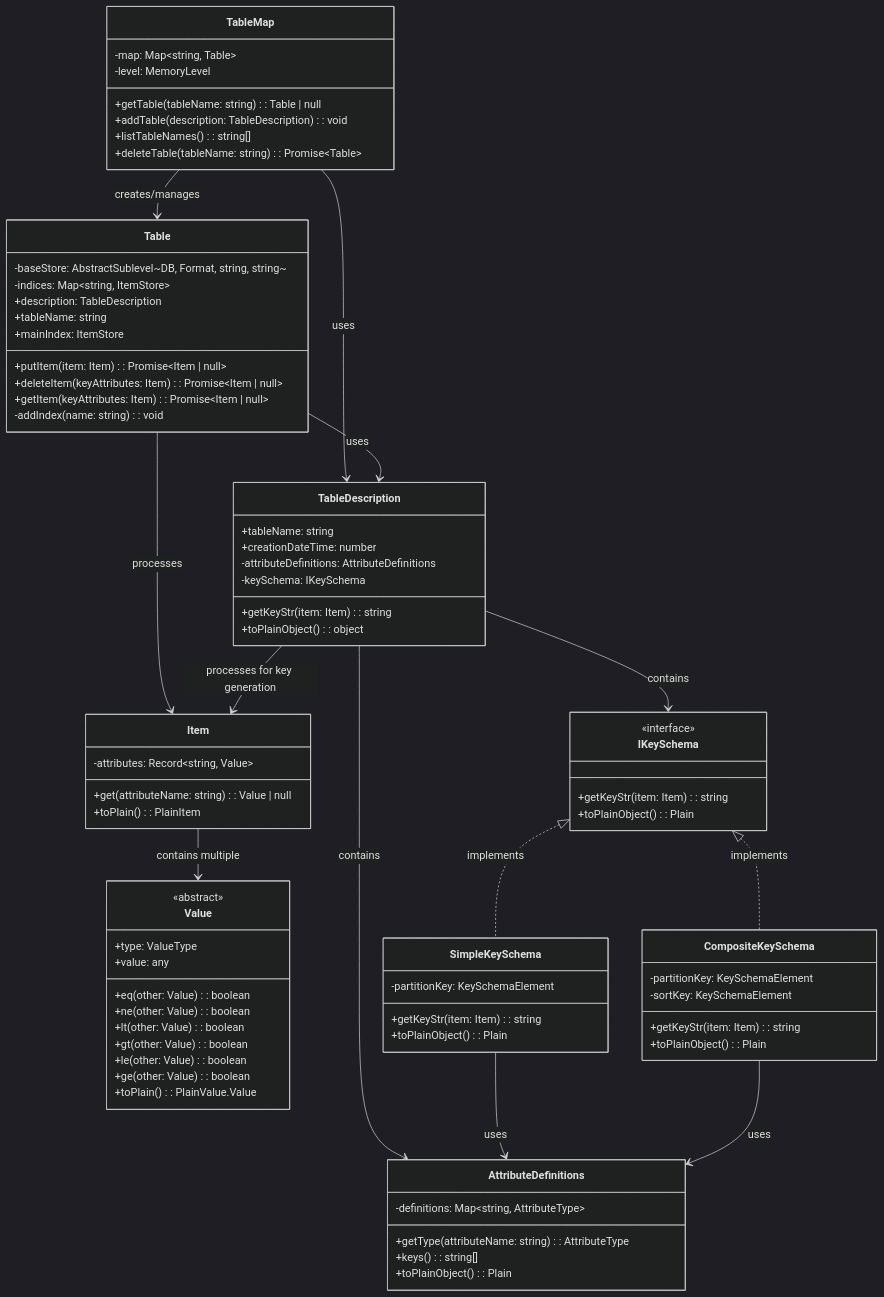
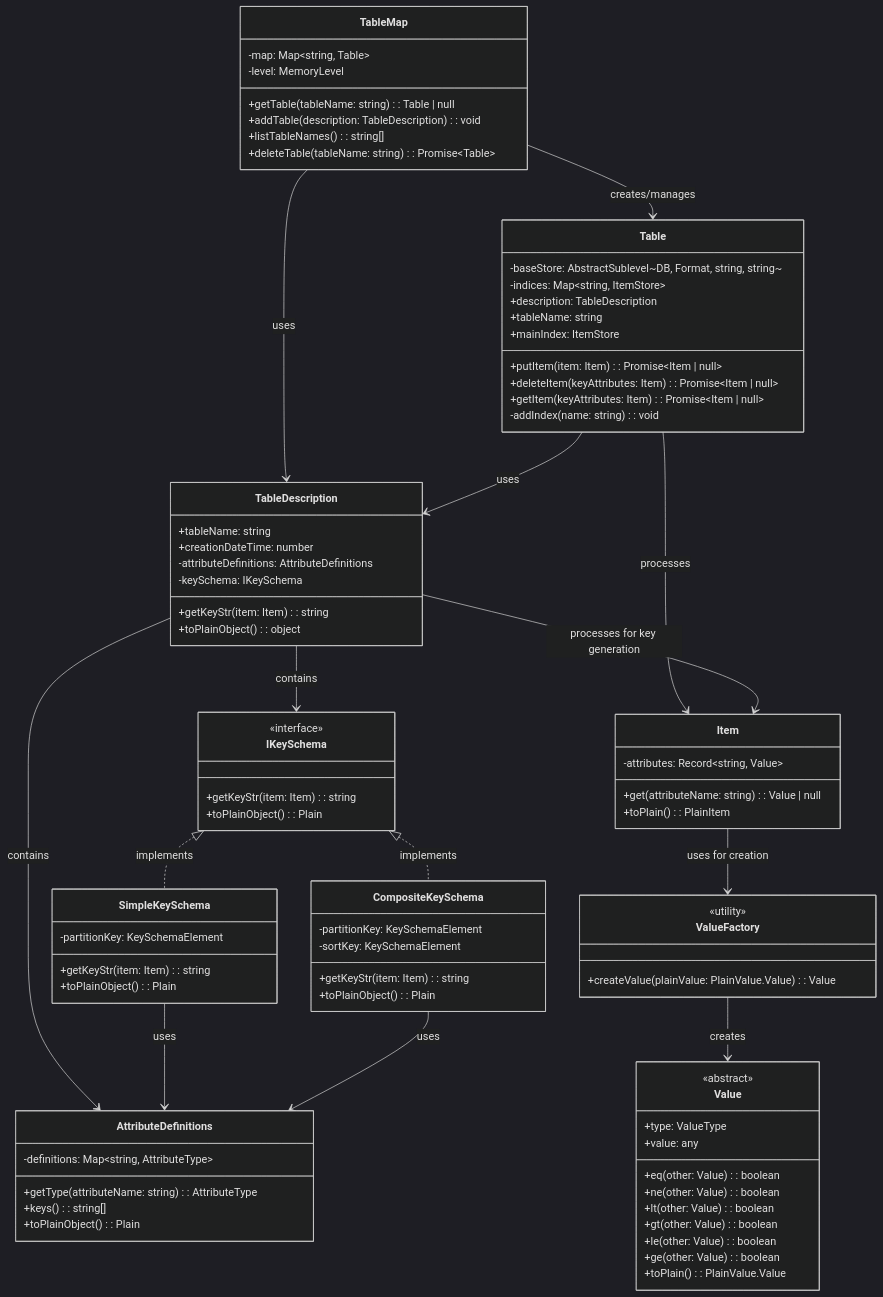
The diagram in docs/class-diagram.md (yamatatsu/dylite), drawn with Mermaid (dark theme) before and after one commit. The commit also changed other lines of this file, not shown here.

First line of the commit message:
docs: update class diagram to reflect ValueFactory pattern

```diff
--- a/docs/class-diagram.md
+++ b/docs/class-diagram.md
@@ -68,6 +68,11 @@
         +toPlain(): PlainValue.Value
     }
 
+    class ValueFactory {
+        <<utility>>
+        +createValue(plainValue: PlainValue.Value): Value
+    }
+
     class IKeySchema {
         <<interface>>
         +getKeyStr(item: Item): string
@@ -98,7 +103,8 @@
     TableDescription --> IKeySchema : contains
     TableDescription --> Item : processes for key generation
 
-    Item --> Value : contains multiple
+    Item --> ValueFactory : uses for creation
+    ValueFactory --> Value : creates
 
     IKeySchema <|.. SimpleKeySchema : implements
     IKeySchema <|.. CompositeKeySchema : implements
```
